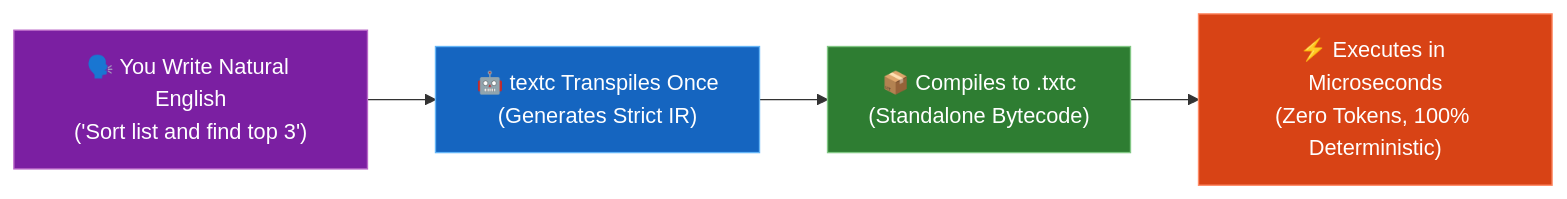
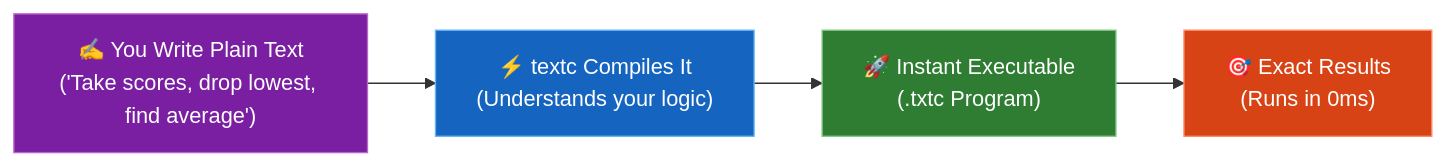
Before and after one commit to sapirrior/textc: the diagram in README.md, drawn with Mermaid. The commit also changed other lines of this file, not shown here.

Commit message:
docs: rewrite README to celebrate natural language algorithm creation with rich examples

````diff
--- a/README.md
+++ b/README.md
@@ -50,11 +26,11 @@
 ```mermaid
 flowchart LR
-    A["🗣️ You Write Natural English\n('Sort list and find top 3')"] --> B["🤖 textc Transpiles Once\n(Generates Strict IR)"]
-    B --> C["📦 Compiles to .txtc\n(Standalone Bytecode)"]
-    C --> D["⚡ Executes in Microseconds\n(Zero Tokens, 100% Deterministic)"]
+    A["✍️ You Write Plain Text\n('Take scores, drop lowest, find average')"] --> B["⚡ textc Compiles It\n(Understands your logic)"]
+    B --> C["🚀 Instant Executable\n(.txtc Program)"]
+    C --> D["🎯 Exact Results\n(Runs in 0ms)"]
 
     style A fill:#7b1fa2,stroke:#ba68c8,color:#fff
     style B fill:#1565c0,stroke:#64b5f6,color:#fff
     style C fill:#2e7d32,stroke:#81c784,color:#fff
     style D fill:#d84315,stroke:#ff8a65,color:#fff
 ```
````
